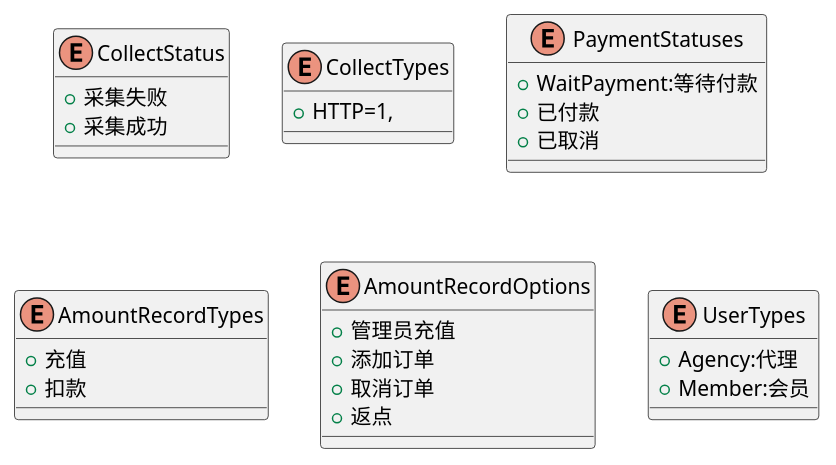
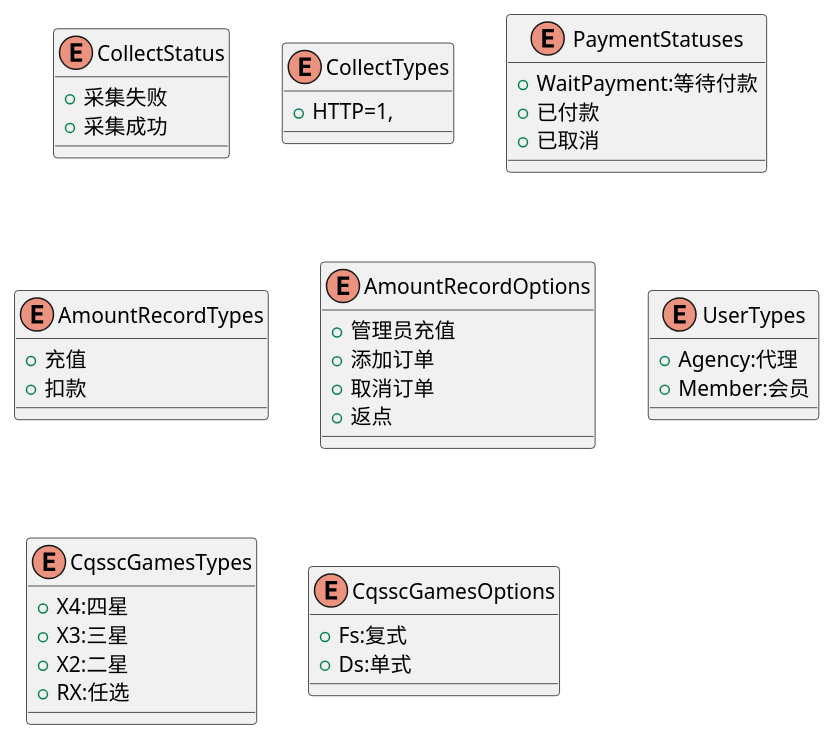
One commit to mainxx/mainxx.github.io changed the second of 3 diagrams in _drafts/CQSSC/Collect设计.md. Above: the diagram before and after it, drawn with PlantUML. The commit also changed other lines of this file and 2 other files, not shown here.

````diff
--- a/_drafts/CQSSC/Collect设计.md
+++ b/_drafts/CQSSC/Collect设计.md
@@ -113,30 +113,40 @@
 ```plantuml
 @startuml
 enum CollectStatus{
     + 采集失败
     + 采集成功
 }
 enum CollectTypes{
     + HTTP=1,
 }
 enum PaymentStatuses{
     + WaitPayment:等待付款
     + 已付款
     + 已取消
 }
 enum AmountRecordTypes{
     + 充值
     + 扣款
 }
 enum AmountRecordOptions{
     + 管理员充值
     + 添加订单
     + 取消订单
     + 返点
 }
 enum UserTypes{
     + Agency:代理
     + Member:会员
 }
+enum CqsscGamesTypes{
+    + X4:四星
+    + X3:三星
+    + X2:二星
+    + RX:任选
+}
+enum CqsscGamesOptions{
+    + Fs:复式
+    + Ds:单式
+}
 @enduml
 ```
````
